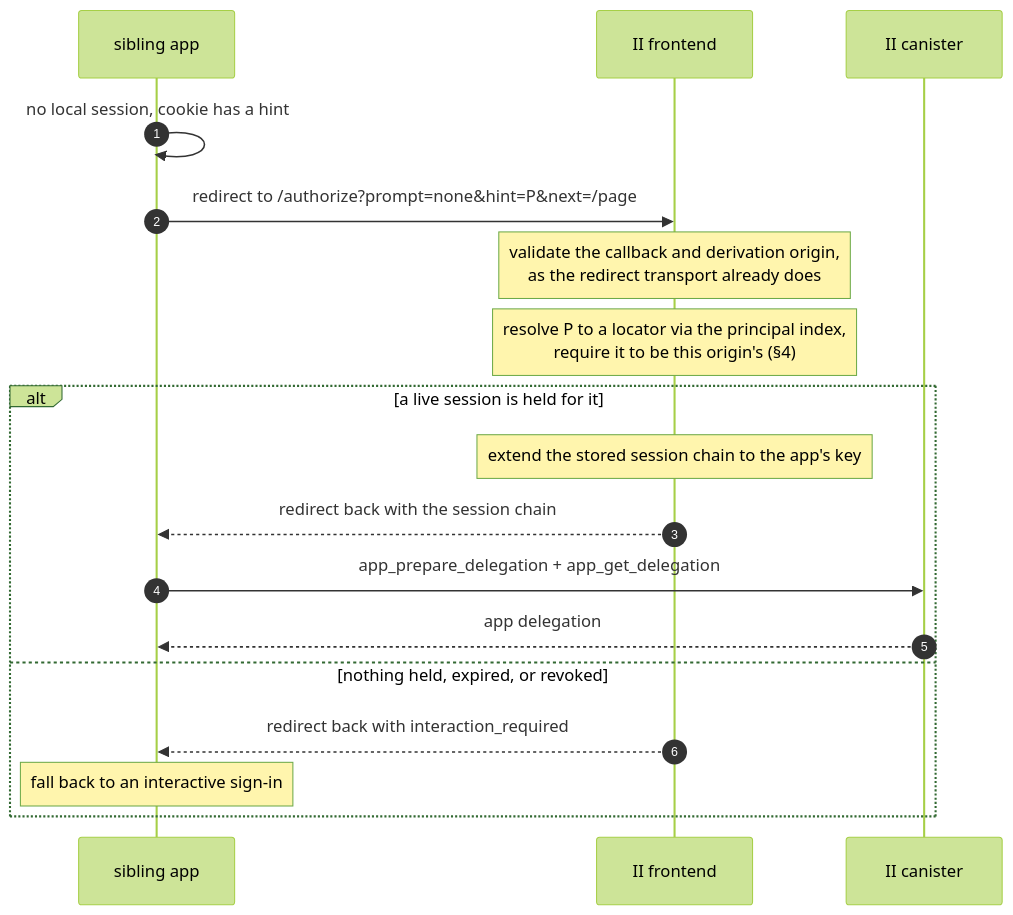
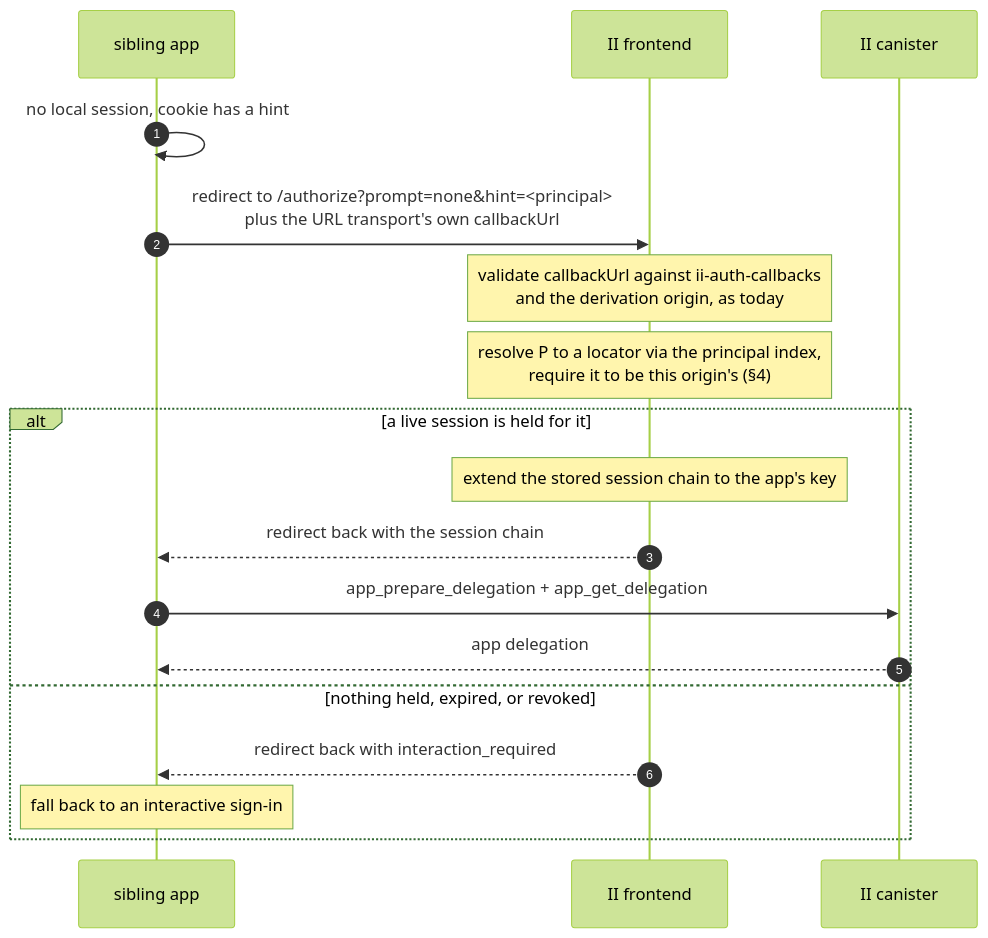
Before and after one commit to dfinity/internet-identity: the diagram in docs/ongoing/silent-reauth-redirect.md, drawn with Mermaid (forest theme). The commit also changed other lines of this file, not shown here.

First line of the commit message:
docs: correct what actually reaches II on a silent re-auth

````diff
--- a/docs/ongoing/silent-reauth-redirect.md
+++ b/docs/ongoing/silent-reauth-redirect.md
@@ -45,20 +45,20 @@
 ```mermaid
 sequenceDiagram
     autonumber
     participant App as sibling app
     participant IIF as II frontend
     participant IIC as II canister
     App->>App: no local session, cookie has a hint
-    App->>IIF: redirect to /authorize?prompt=none&hint=P&next=/page
-    Note over IIF: validate the callback and derivation origin,<br/>as the redirect transport already does
+    App->>IIF: redirect to /authorize?prompt=none&hint=<principal><br/>plus the URL transport's own callbackUrl
+    Note over IIF: validate callbackUrl against ii-auth-callbacks<br/>and the derivation origin, as today
     Note over IIF: resolve P to a locator via the principal index,<br/>require it to be this origin's (§4)
     alt a live session is held for it
         Note over IIF: extend the stored session chain to the app's key
         IIF-->>App: redirect back with the session chain
         App->>IIC: app_prepare_delegation + app_get_delegation
         IIC-->>App: app delegation
     else nothing held, expired, or revoked
         IIF-->>App: redirect back with interaction_required
         Note over App: fall back to an interactive sign-in
     end
 ```
````
